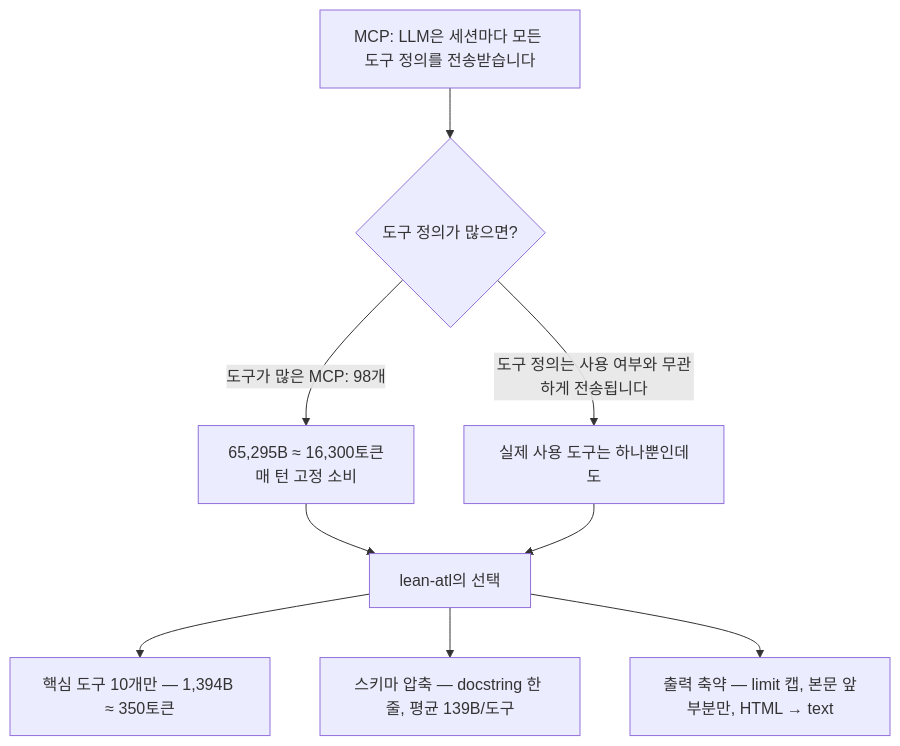
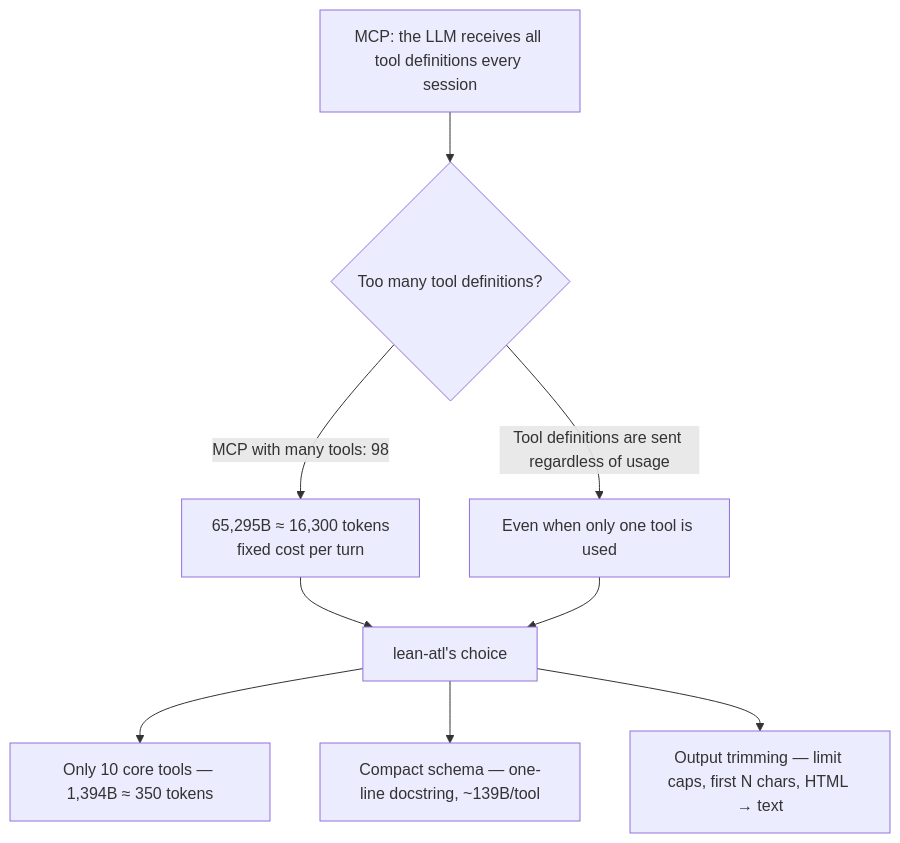
The diagram in README.md (sayho87/lean-atl), drawn with Mermaid before and after one commit. The commit also changed other lines of this file and 1 other file, not shown here.

````diff
--- a/README.md
+++ b/README.md
@@ -26,11 +30,11 @@
 ```mermaid
 flowchart TD
-    A["MCP: LLM은 세션마다 모든 도구 정의를 전송받습니다"] --> B{"도구 정의가 많으면?"}
-    B -->|"도구가 많은 MCP: 98개"| C["65,295B ≈ 16,300토큰<br/>매 턴 고정 소비"]
-    B -->|"도구 정의는 사용 여부와 무관하게 전송됩니다"| D["실제 사용 도구는 하나뿐인데도"]
-    C --> E["lean-atl의 선택"]
+    A["MCP: the LLM receives all tool definitions every session"] --> B{"Too many tool definitions?"}
+    B -->|"MCP with many tools: 98"| C["65,295B ≈ 16,300 tokens<br/>fixed cost per turn"]
+    B -->|"Tool definitions are sent regardless of usage"| D["Even when only one tool is used"]
+    C --> E["lean-atl's choice"]
     D --> E
-    E --> F["핵심 도구 10개만 — 1,394B ≈ 350토큰"]
-    E --> G["스키마 압축 — docstring 한 줄, 평균 139B/도구"]
-    E --> H["출력 축약 — limit 캡, 본문 앞부분만, HTML → text"]
+    E --> F["Only 10 core tools — 1,394B ≈ 350 tokens"]
+    E --> G["Compact schema — one-line docstring, ~139B/tool"]
+    E --> H["Output trimming — limit caps, first N chars, HTML → text"]
 ```
````
